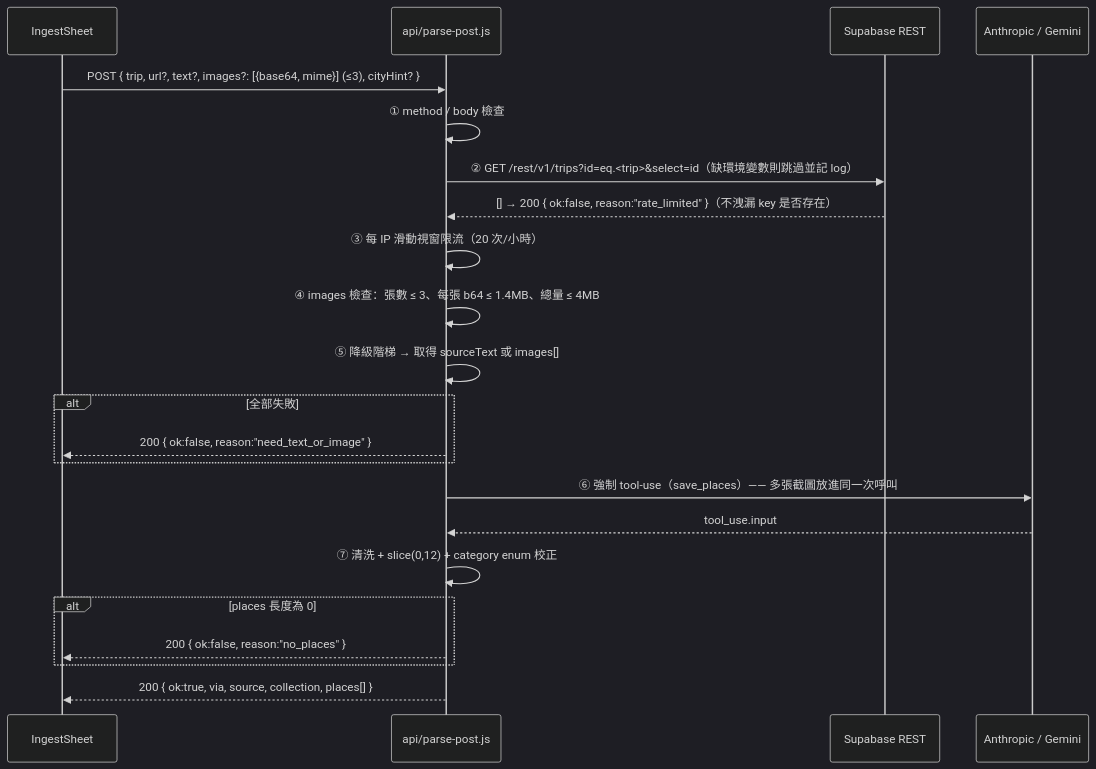
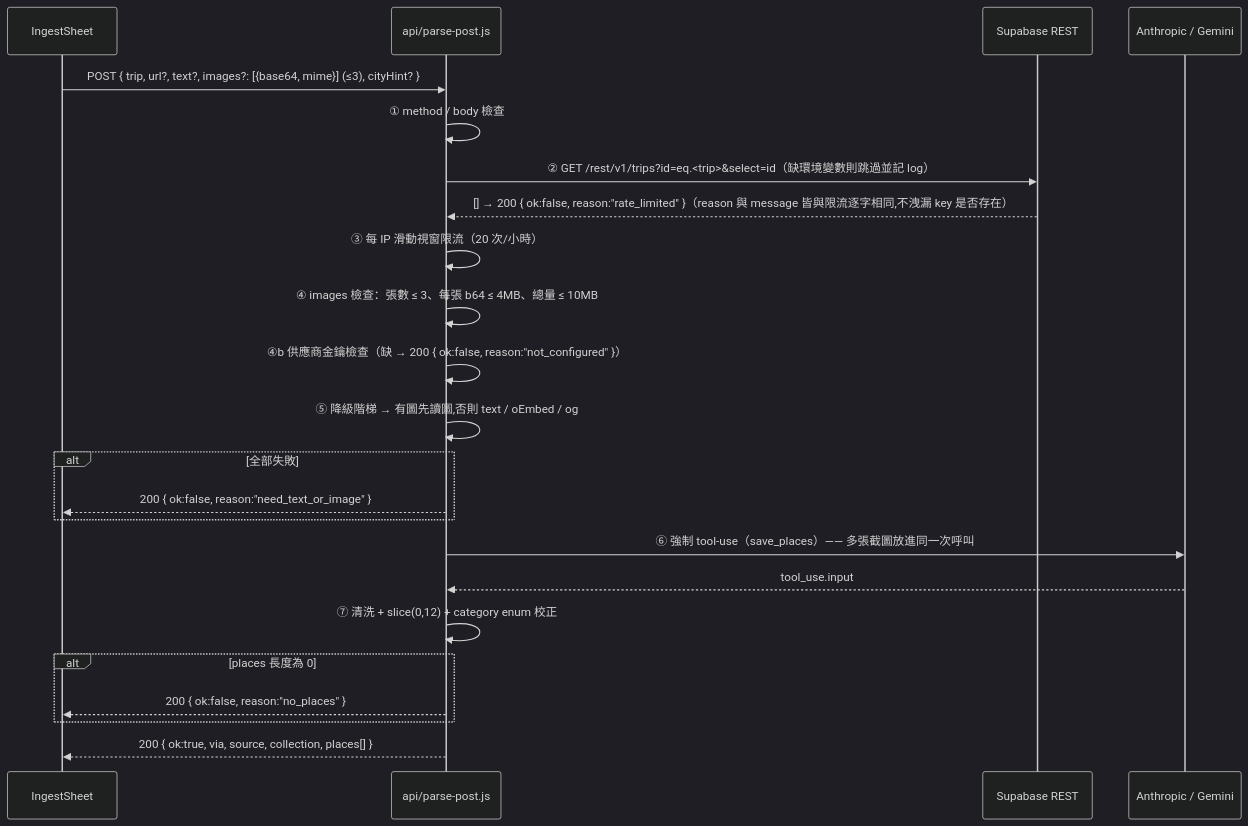
Before and after one commit to melody20021024/sakura-trip: the second of 2 diagrams in 03-DesignDocs/backend/parse-and-schema-v3.md, drawn with Mermaid (dark theme). The commit also changed other lines of this file and 9 other files, not shown here.

````diff
--- a/03-DesignDocs/backend/parse-and-schema-v3.md
+++ b/03-DesignDocs/backend/parse-and-schema-v3.md
@@ -412,24 +428,25 @@
 ```mermaid
 sequenceDiagram
     participant UI as IngestSheet
     participant API as api/parse-post.js
     participant SB as Supabase REST
     participant LLM as Anthropic / Gemini
     UI->>API: POST { trip, url?, text?, images?: [{base64, mime}] (≤3), cityHint? }
     API->>API: ① method / body 檢查
     API->>SB: ② GET /rest/v1/trips?id=eq.<trip>&select=id（缺環境變數則跳過並記 log）
-    SB-->>API: [] → 200 { ok:false, reason:"rate_limited" }（不洩漏 key 是否存在）
+    SB-->>API: [] → 200 { ok:false, reason:"rate_limited" }（reason 與 message 皆與限流逐字相同,不洩漏 key 是否存在）
     API->>API: ③ 每 IP 滑動視窗限流（20 次/小時）
-    API->>API: ④ images 檢查：張數 ≤ 3、每張 b64 ≤ 1.4MB、總量 ≤ 4MB
-    API->>API: ⑤ 降級階梯 → 取得 sourceText 或 images[]
+    API->>API: ④ images 檢查：張數 ≤ 3、每張 b64 ≤ 4MB、總量 ≤ 10MB
+    API->>API: ④b 供應商金鑰檢查（缺 → 200 { ok:false, reason:"not_configured" }）
+    API->>API: ⑤ 降級階梯 → 有圖先讀圖,否則 text / oEmbed / og
     alt 全部失敗
         API-->>UI: 200 { ok:false, reason:"need_text_or_image" }
     end
     API->>LLM: ⑥ 強制 tool-use（save_places）—— 多張截圖放進同一次呼叫
     LLM-->>API: tool_use.input
     API->>API: ⑦ 清洗 + slice(0,12) + category enum 校正
     alt places 長度為 0
         API-->>UI: 200 { ok:false, reason:"no_places" }
     end
     API-->>UI: 200 { ok:true, via, source, collection, places[] }
 ```
````
